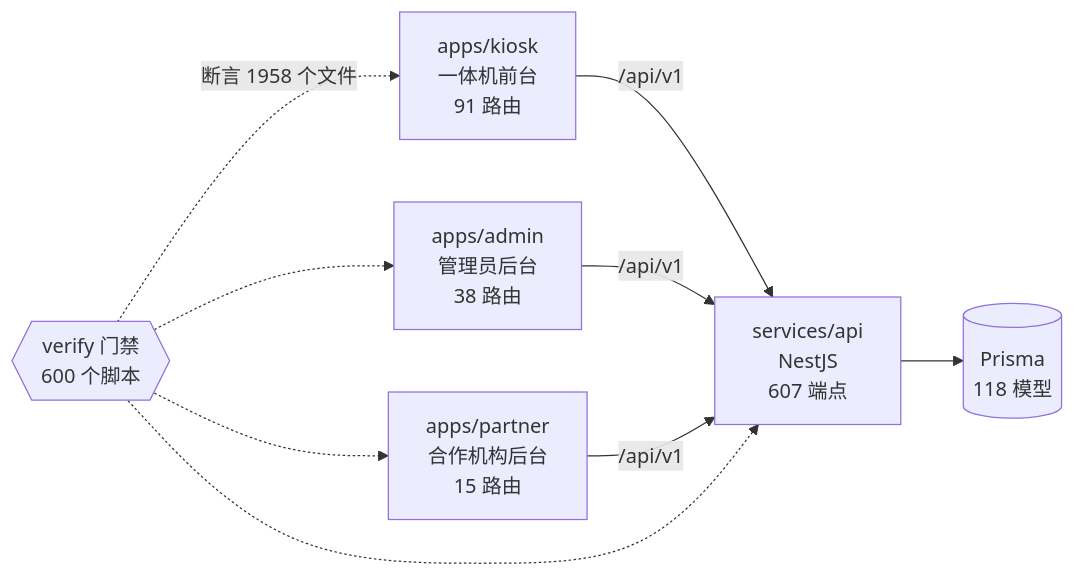
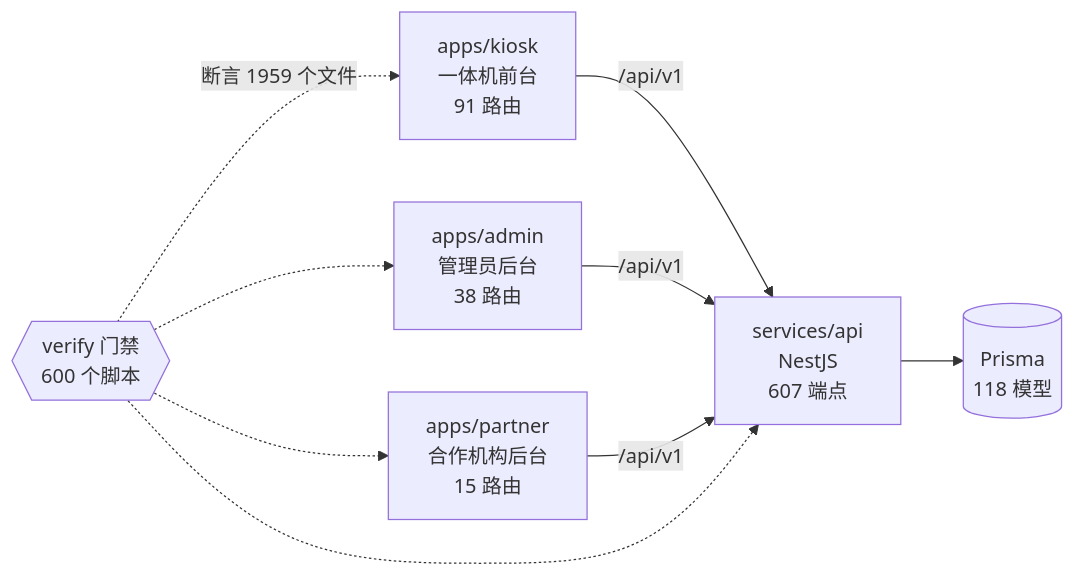
One commit to wanglei581/YITIJI changed the diagram in docs/graph/README.md. Above: the diagram before and after it, drawn with Mermaid. The commit also changed other lines of this file and 2 other files, not shown here.

Commit message:
chore(graph): B6a 出纸未确认自助出路登记后重生图谱

````diff
--- a/docs/graph/README.md
+++ b/docs/graph/README.md
@@ -68,18 +68,18 @@
 ```mermaid
 flowchart LR
   kiosk["apps/kiosk<br/>一体机前台<br/>91 路由"]
   admin["apps/admin<br/>管理员后台<br/>38 路由"]
   partner["apps/partner<br/>合作机构后台<br/>15 路由"]
   api["services/api<br/>NestJS<br/>607 端点"]
   db[("Prisma<br/>118 模型")]
   gates{{"verify 门禁<br/>600 个脚本"}}
 
   kiosk -->|"/api/v1"| api
   admin -->|"/api/v1"| api
   partner -->|"/api/v1"| api
   api --> db
-  gates -.->|"断言 1958 个文件"| kiosk
+  gates -.->|"断言 1959 个文件"| kiosk
   gates -.-> admin
   gates -.-> partner
   gates -.-> api
 ```
````
